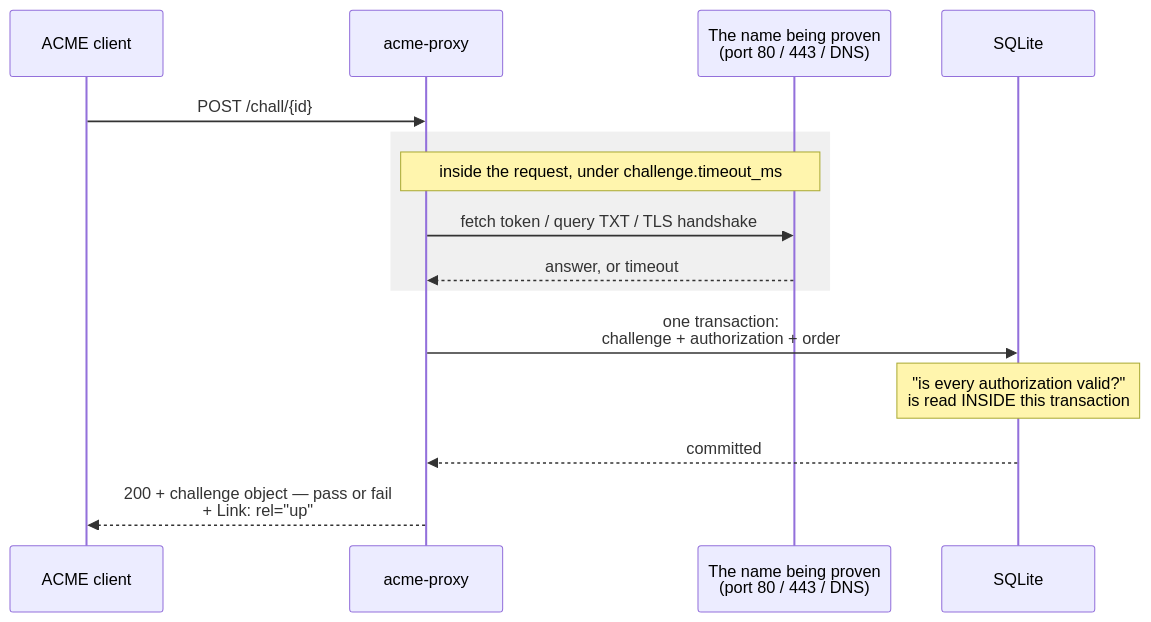
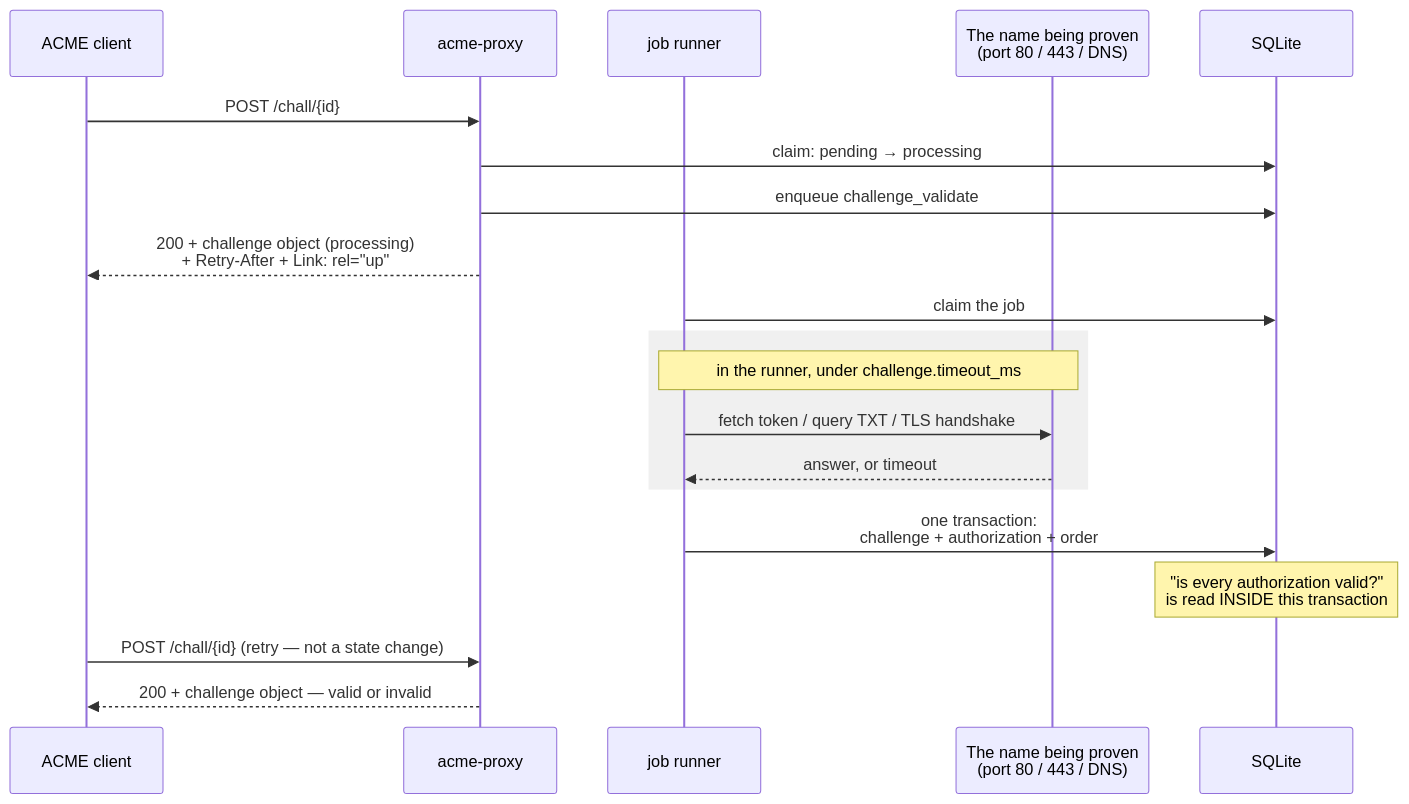
Before and after one commit to acme-proxy/acme-proxy: the second of 2 diagrams in doc/src/challenges/index.md, drawn with Mermaid. The commit also changed other lines of this file and 13 other files, not shown here.

````diff
--- a/doc/src/challenges/index.md
+++ b/doc/src/challenges/index.md
@@ -114,18 +121,23 @@
 ```mermaid
 sequenceDiagram
     participant C as ACME client
     participant P as acme-proxy
+    participant W as job runner
     participant T as The name being proven<br/>(port 80 / 443 / DNS)
     participant D as SQLite
 
     C->>P: POST /chall/{id}
+    P->>D: claim: pending → processing
+    P->>D: enqueue challenge_validate
+    P-->>C: 200 + challenge object (processing)<br/>+ Retry-After + Link: rel="up"
+    W->>D: claim the job
     rect rgb(240, 240, 240)
-        Note over P,T: inside the request, under challenge.timeout_ms
-        P->>T: fetch token / query TXT / TLS handshake
-        T-->>P: answer, or timeout
+        Note over W,T: in the runner, under challenge.timeout_ms
+        W->>T: fetch token / query TXT / TLS handshake
+        T-->>W: answer, or timeout
     end
-    P->>D: one transaction:<br/>challenge + authorization + order
+    W->>D: one transaction:<br/>challenge + authorization + order
     Note over D: "is every authorization valid?"<br/>is read INSIDE this transaction
-    D-->>P: committed
-    P-->>C: 200 + challenge object — pass or fail<br/>+ Link: rel="up"
+    C->>P: POST /chall/{id} (retry — not a state change)
+    P-->>C: 200 + challenge object — valid or invalid
 ```
````
